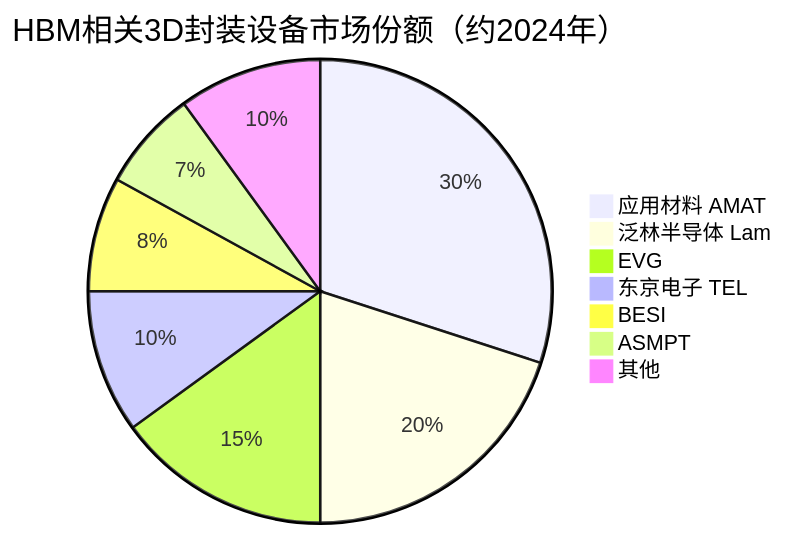
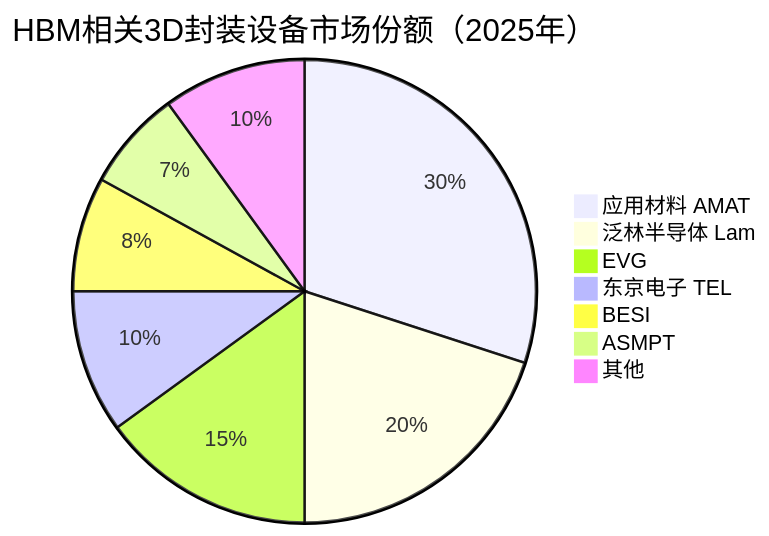
One commit to blueprint1453/industry-insight changed the third of 3 diagrams in 存储产业链/上游/TSV与3D封装设备.md. Above: the diagram before and after it, drawn with Mermaid. The commit also changed other lines of this file and 78 other files, not shown here.

````diff
--- a/存储产业链/上游/TSV与3D封装设备.md
+++ b/存储产业链/上游/TSV与3D封装设备.md
@@ -118,10 +118,10 @@
 ```mermaid
-pie title HBM相关3D封装设备市场份额（约2024年）
+pie title HBM相关3D封装设备市场份额（2025年）
     "应用材料 AMAT" : 30
     "泛林半导体 Lam" : 20
     "EVG" : 15
     "东京电子 TEL" : 10
     "BESI" : 8
     "ASMPT" : 7
     "其他" : 10
 ```
````
